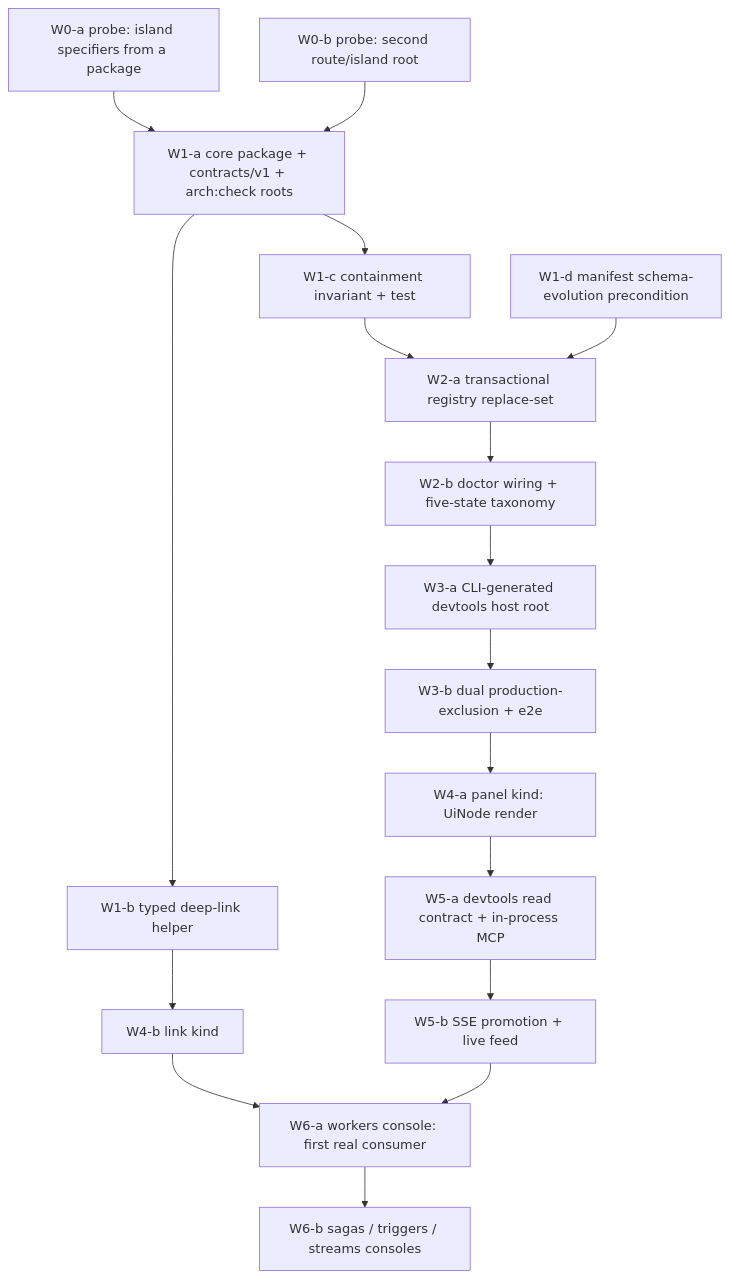
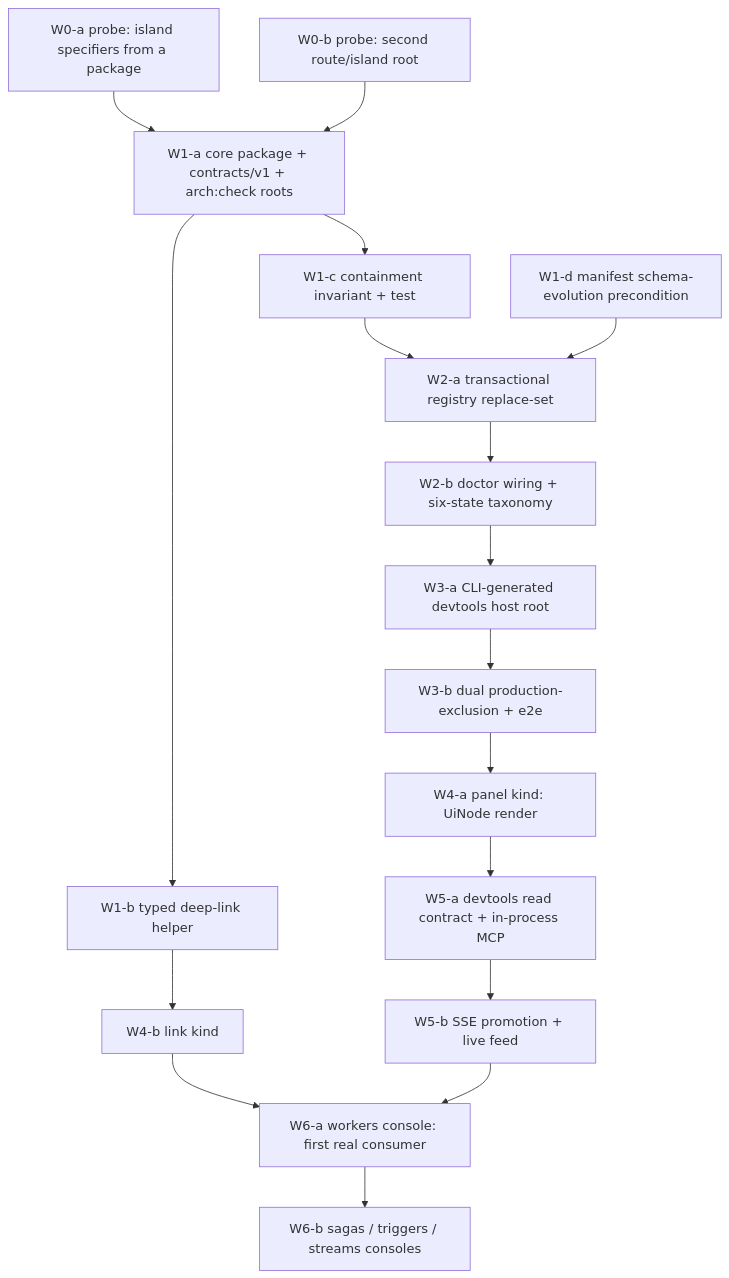
One commit to rickylabs/netscript changed the tenth of 10 diagrams in docs/architecture/rfc/rfc-0002-devtools-contribution.md. Above: the diagram before and after it, drawn with Mermaid. The commit also changed other lines of this file, not shown here.

````diff
--- a/docs/architecture/rfc/rfc-0002-devtools-contribution.md
+++ b/docs/architecture/rfc/rfc-0002-devtools-contribution.md
@@ -4378,20 +4387,20 @@
 ```mermaid
 graph TD
   W0a[W0-a probe: island specifiers from a package] --> W1a
   W0b[W0-b probe: second route/island root] --> W1a
   W1a[W1-a core package + contracts/v1 + arch:check roots] --> W1b
   W1a --> W1c
   W1b[W1-b typed deep-link helper] --> W4b
   W1c[W1-c containment invariant + test] --> W2a
   W1d[W1-d manifest schema-evolution precondition] --> W2a
   W2a[W2-a transactional registry replace-set] --> W2b
-  W2b[W2-b doctor wiring + five-state taxonomy] --> W3a
+  W2b[W2-b doctor wiring + six-state taxonomy] --> W3a
   W3a[W3-a CLI-generated devtools host root] --> W3b
   W3b[W3-b dual production-exclusion + e2e] --> W4a
   W4a[W4-a panel kind: UiNode render] --> W5a
   W4b[W4-b link kind] --> W6a
   W5a[W5-a devtools read contract + in-process MCP] --> W5b
   W5b[W5-b SSE promotion + live feed] --> W6a
   W6a[W6-a workers console: first real consumer] --> W6b
   W6b[W6-b sagas / triggers / streams consoles]
 ```
````
